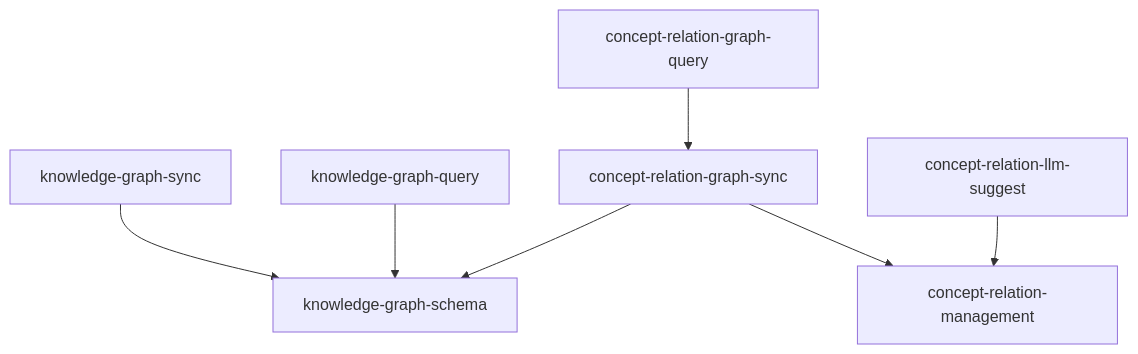
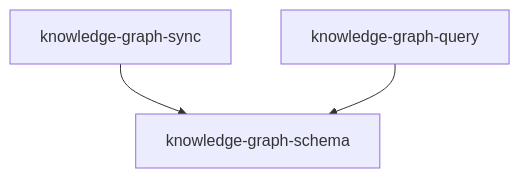
Before and after one commit to chenfuyuan/stock_helper: the diagram in openspec/specs/knowledge-center/spec.md, drawn with Mermaid. The commit also changed other lines of this file and 44 other files, not shown here.

````diff
--- a/openspec/specs/knowledge-center/spec.md
+++ b/openspec/specs/knowledge-center/spec.md
@@ -52,17 +38,9 @@
 ```mermaid
 graph TD
     kg_schema[knowledge-graph-schema]
     kg_sync[knowledge-graph-sync]
     kg_query[knowledge-graph-query]
-    cr_management[concept-relation-management]
-    cr_sync[concept-relation-graph-sync]
-    cr_query[concept-relation-graph-query]
-    cr_llm[concept-relation-llm-suggest]
     
     kg_sync --> kg_schema
     kg_query --> kg_schema
-    cr_sync --> cr_management
-    cr_sync --> kg_schema
-    cr_query --> cr_sync
-    cr_llm --> cr_management
 ```
````
